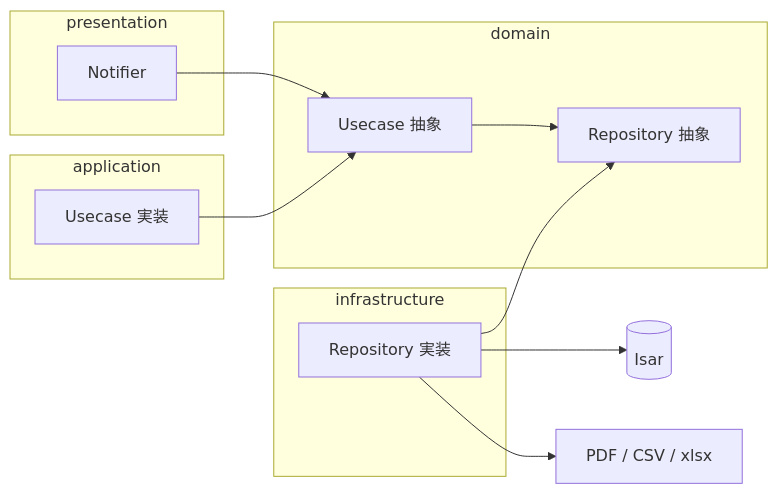
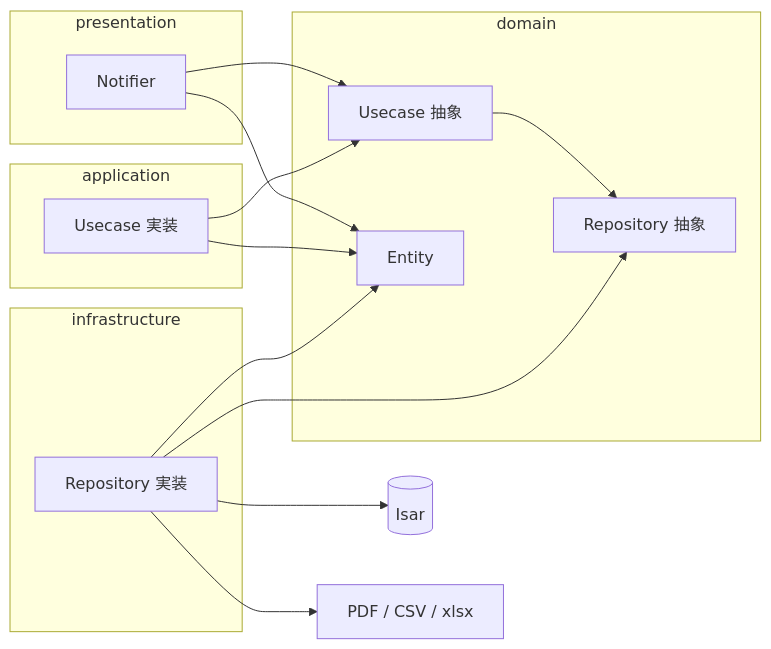
The diagram in README.md (tas5521/boar_time), drawn with Mermaid before and after one commit.

Commit message:
mermaidの図を改善

````diff
--- a/README.md
+++ b/README.md
@@ -79,27 +79,31 @@
 ```mermaid
 flowchart LR
   Notifier --> Usecase
   Usecase --> Repository
 
   subgraph domain
     Usecase[Usecase 抽象]
     Repository[Repository 抽象]
+    Entity
   end
 
+  Notifier --> Entity
   UsecaseImpl --> Usecase
+  UsecaseImpl --> Entity
   RepositoryImpl --> Repository
+  RepositoryImpl --> Entity
   RepositoryImpl --> Isar[(Isar)]
   RepositoryImpl --> Files[PDF / CSV / xlsx]
 
   subgraph application
     UsecaseImpl[Usecase 実装]
   end
 
   subgraph infrastructure
     RepositoryImpl[Repository 実装]
   end
 
   subgraph presentation
     Notifier
   end
 ```
````
